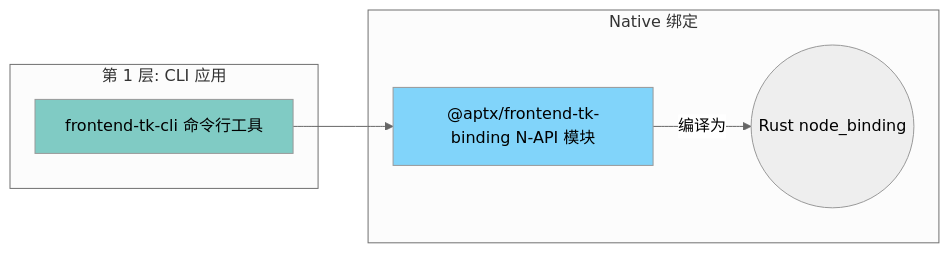
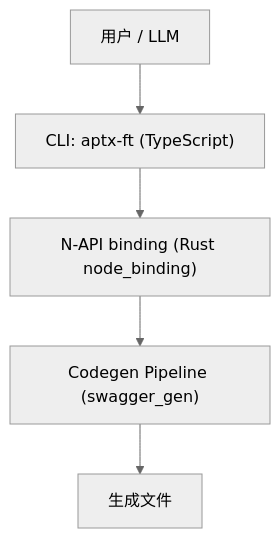
One commit to HaibaraAiAPTX/frontend_tk_rs changed the first of 2 diagrams in docs/ARCHITECTURE.md. Above: the diagram before and after it, drawn with Mermaid (neutral theme). The commit also changed other lines of this file and 1 other file, not shown here.

````diff
--- a/docs/ARCHITECTURE.md
+++ b/docs/ARCHITECTURE.md
@@ -133,17 +13,13 @@
 ```mermaid
-graph LR
-    subgraph Layer1["第 1 层: CLI 应用"]
-        CLI["frontend-tk-cli 命令行工具"]
-    end
+flowchart TB
+    user["用户 / LLM"]
+    cli["CLI: aptx-ft (TypeScript)"]
+    napi["N-API binding (Rust node_binding)"]
+    pipeline["Codegen Pipeline (swagger_gen)"]
+    output["生成文件"]
 
-    subgraph BindingLayer["Native 绑定"]
-        BINDING["@aptx/frontend-tk-binding N-API 模块"]
-        RUST(("Rust node_binding"))
-    end
-
-    CLI --> BINDING
-    BINDING -->|"编译为"| RUST
-
-    style CLI fill:#80cbc4
-    style BINDING fill:#81d4fa
+    user --> cli
+    cli --> napi
+    napi --> pipeline
+    pipeline --> output
 ```
````
